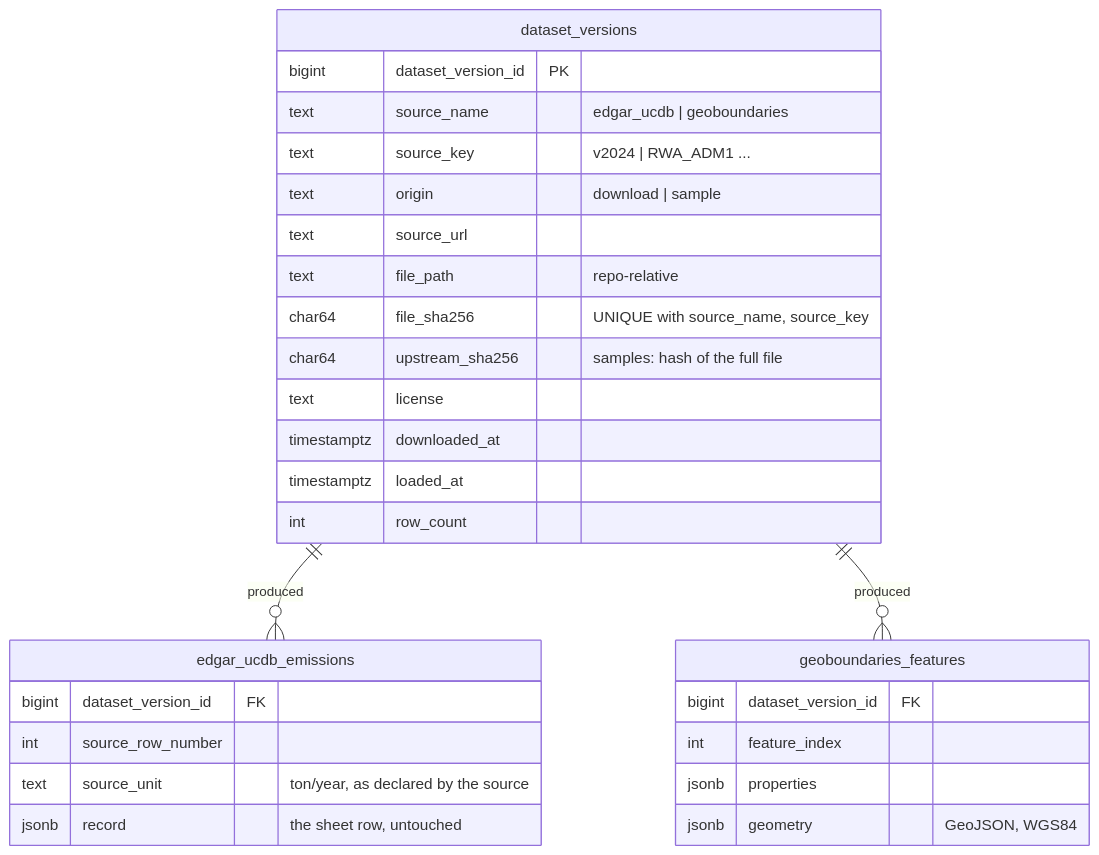
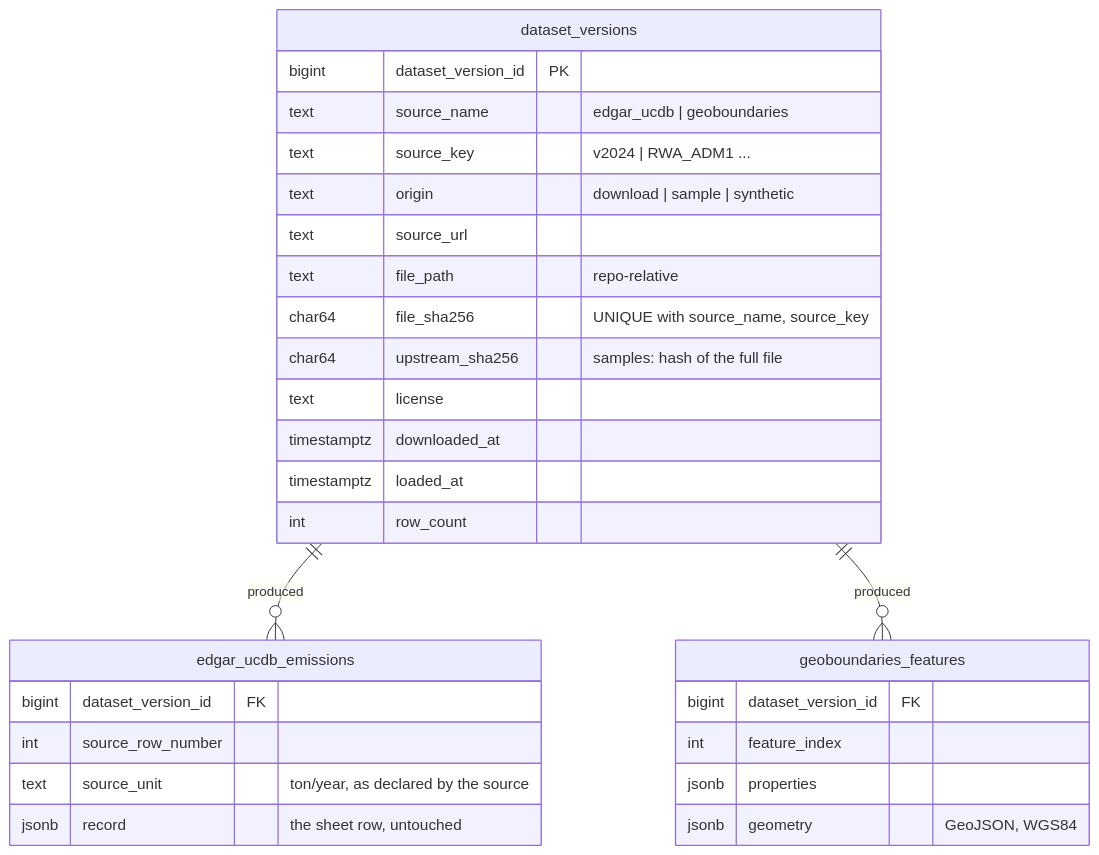
The second of 2 diagrams in README.md (tom-cruiser/city-emissions-platform), drawn with Mermaid before and after one commit. The commit also changed other lines of this file and 18 other files, not shown here.

````diff
--- a/README.md
+++ b/README.md
@@ -80,31 +78,31 @@
 ```mermaid
 erDiagram
     dataset_versions ||--o{ edgar_ucdb_emissions : "produced"
     dataset_versions ||--o{ geoboundaries_features : "produced"
     dataset_versions {
         bigint dataset_version_id PK
         text source_name "edgar_ucdb | geoboundaries"
         text source_key "v2024 | RWA_ADM1 ..."
-        text origin "download | sample"
+        text origin "download | sample | synthetic"
         text source_url
         text file_path "repo-relative"
         char64 file_sha256 "UNIQUE with source_name, source_key"
         char64 upstream_sha256 "samples: hash of the full file"
         text license
         timestamptz downloaded_at
         timestamptz loaded_at
         int row_count
     }
     edgar_ucdb_emissions {
         bigint dataset_version_id FK
         int source_row_number
         text source_unit "ton/year, as declared by the source"
         jsonb record "the sheet row, untouched"
     }
     geoboundaries_features {
         bigint dataset_version_id FK
         int feature_index
         jsonb properties
         jsonb geometry "GeoJSON, WGS84"
     }
 ```
````
